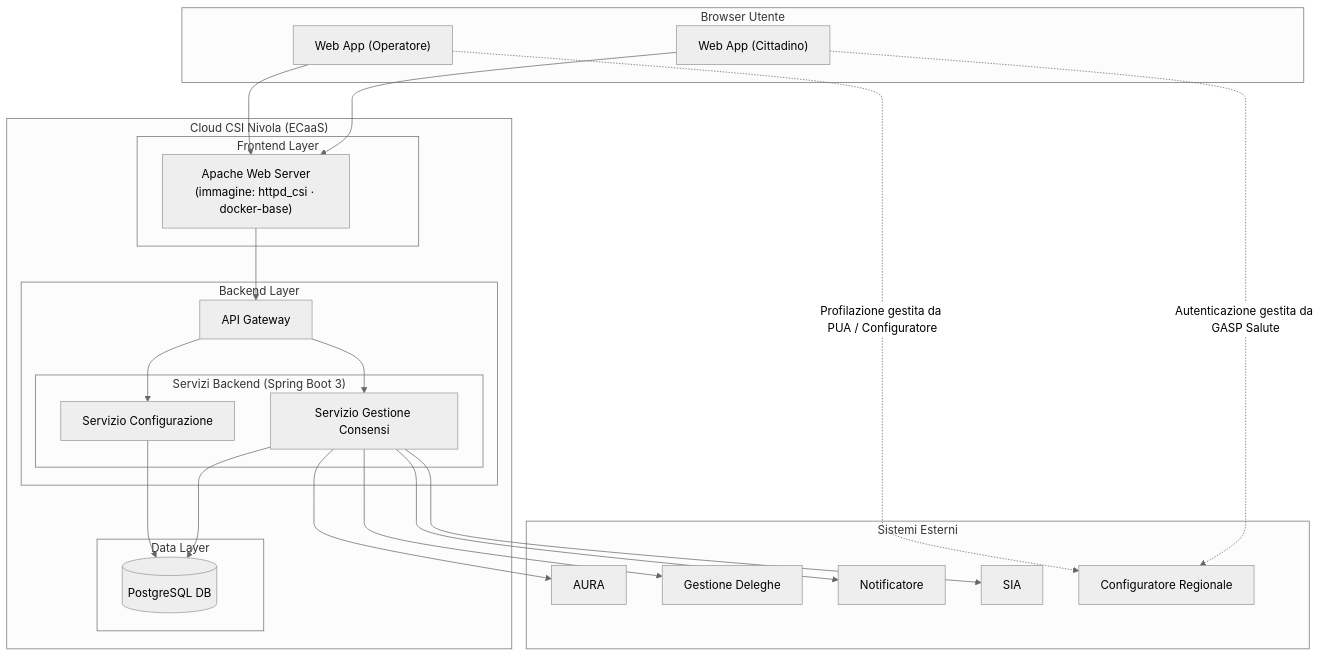
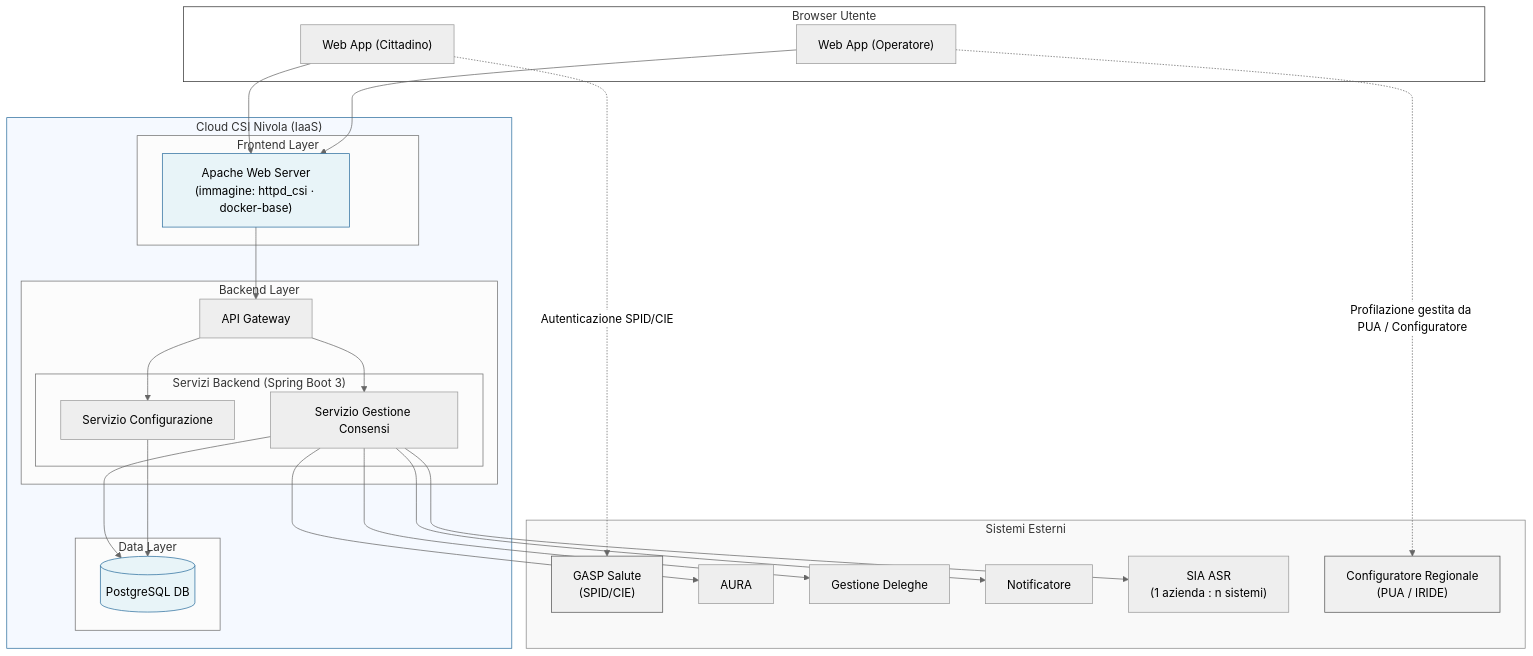
The diagram in src/site/notes/wiki/sources/2026-05-05-mermaid-architettura.md (caccu/srs_cons_git_exprivia), drawn with Mermaid (neutral theme) before and after one commit. The commit also changed other lines of this file and 26 other files, not shown here.

````diff
--- a/src/site/notes/wiki/sources/2026-05-05-mermaid-architettura.md
+++ b/src/site/notes/wiki/sources/2026-05-05-mermaid-architettura.md
@@ -16,45 +16,54 @@
 ```mermaid
 graph TD
     subgraph BROWSER["Browser Utente"]
         WC["Web App (Cittadino)"]
         WO["Web App (Operatore)"]
     end
 
-    subgraph ECAAS["Cloud CSI Nivola (ECaaS)"]
+    subgraph INFRA["Cloud CSI Nivola (IaaS)"]
         subgraph FL["Frontend Layer"]
             AW["Apache Web Server\n(immagine: httpd_csi · docker-base)"]
         end
         subgraph BL["Backend Layer"]
             AG["API Gateway"]
             subgraph SB["Servizi Backend (Spring Boot 3)"]
                 SGC["Servizio Gestione Consensi"]
                 SC["Servizio Configurazione"]
             end
         end
         subgraph DL["Data Layer"]
             PG[("PostgreSQL DB")]
         end
     end
 
     subgraph SE["Sistemi Esterni"]
+        GASP["GASP Salute\n(SPID/CIE)"]
         AURA["AURA"]
         GD["Gestione Deleghe"]
         NOT["Notificatore"]
-        SIA["SIA"]
-        CR["Configuratore Regionale"]
+        SIA["SIA ASR\n(1 azienda : n sistemi)"]
+        CR["Configuratore Regionale\n(PUA / IRIDE)"]
     end
 
     WC --> AW
     WO --> AW
     AW --> AG
     AG --> SGC
     AG --> SC
     SGC --> PG
     SC --> PG
     SGC --> AURA
     SGC --> GD
     SGC --> NOT
     SGC --> SIA
-    WC -. "Autenticazione gestita da GASP Salute" .-> CR
+    WC -. "Autenticazione SPID/CIE" .-> GASP
     WO -. "Profilazione gestita da PUA / Configuratore" .-> CR
+
+    style AW fill:#e8f4f8,stroke:#2c6e9e,color:#000
+    style PG fill:#e8f4f8,stroke:#2c6e9e,color:#000
+    style CR fill:#f0f0f0,stroke:#555,color:#000
+    style GASP fill:#f0f0f0,stroke:#555,color:#000
+    style INFRA fill:#f5f9ff,stroke:#2c6e9e
+    style SE fill:#f9f9f9,stroke:#888
+    style BROWSER fill:#fff,stroke:#333
 ```
````
